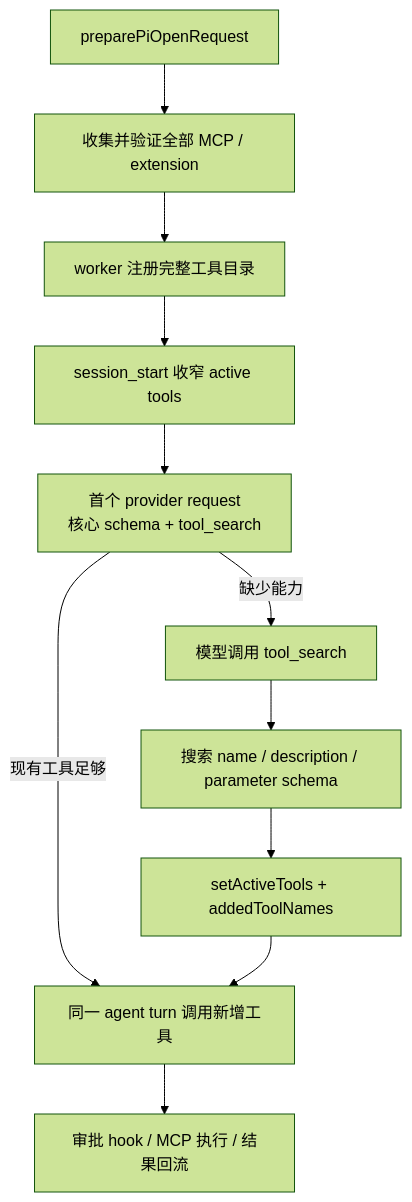
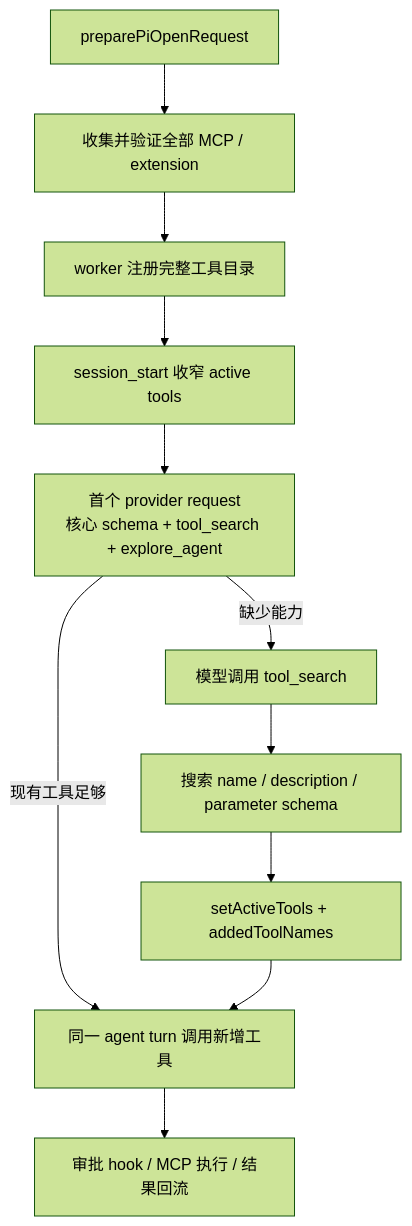
The diagram in docs/pi-deferred-tool-loading.md (rambocode/cortex-work), drawn with Mermaid (forest theme) before and after one commit. The commit also changed other lines of this file and 12 other files, not shown here.

````diff
--- a/docs/pi-deferred-tool-loading.md
+++ b/docs/pi-deferred-tool-loading.md
@@ -31,13 +31,13 @@
 ```mermaid
 flowchart TD
   A[preparePiOpenRequest] --> B[收集并验证全部 MCP / extension]
   B --> C[worker 注册完整工具目录]
   C --> D[session_start 收窄 active tools]
-  D --> E[首个 provider request\n核心 schema + tool_search]
+  D --> E[首个 provider request\n核心 schema + tool_search + explore_agent]
   E -->|现有工具足够| I[直接调用工具]
   E -->|缺少能力| F[模型调用 tool_search]
   F --> G[搜索 name / description / parameter schema]
   G --> H[setActiveTools + addedToolNames]
   H --> I[同一 agent turn 调用新增工具]
   I --> J[审批 hook / MCP 执行 / 结果回流]
 ```
````
